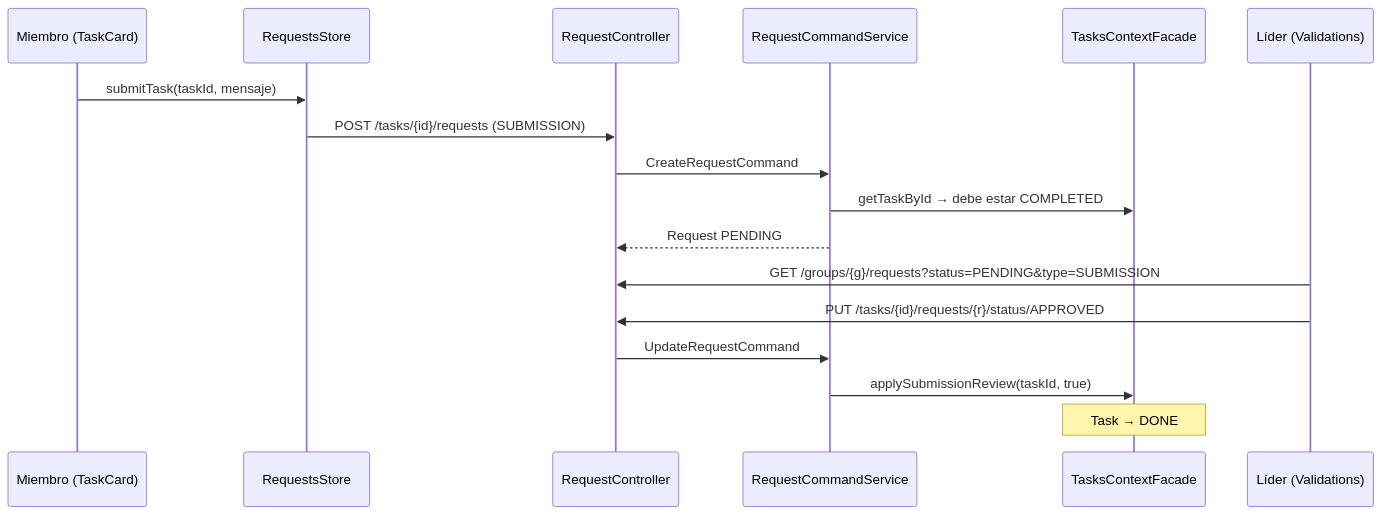
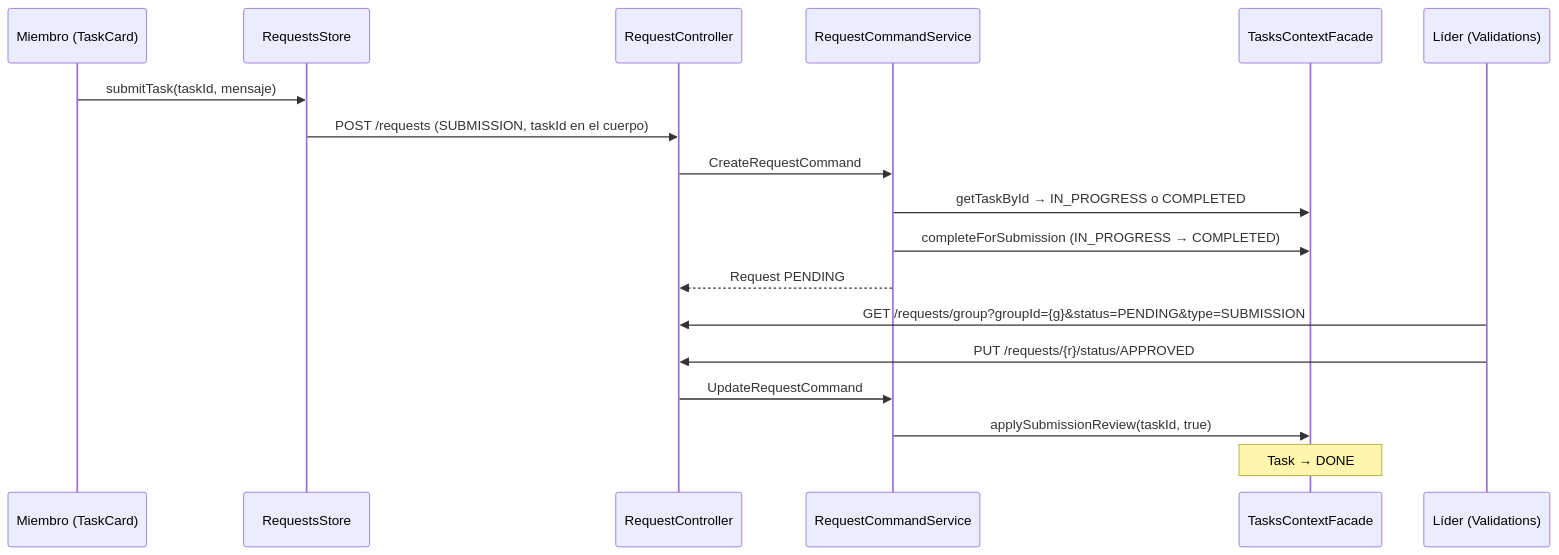
The diagram in docs/features/requests/README.md (Synhub-2-0/synhub_2), drawn with Mermaid before and after one commit. The commit also changed other lines of this file and 55 other files, not shown here.

First line of the commit message:
fix(requests,tasks): align frontend with /requests API; only the leader changes task status

````diff
--- a/docs/features/requests/README.md
+++ b/docs/features/requests/README.md
@@ -30,19 +30,20 @@
 ```mermaid
 sequenceDiagram
     participant M as Miembro (TaskCard)
     participant RS as RequestsStore
     participant RC as RequestController
     participant RCS as RequestCommandService
     participant TF as TasksContextFacade
     participant L as Líder (Validations)
     M->>RS: submitTask(taskId, mensaje)
-    RS->>RC: POST /tasks/{id}/requests (SUBMISSION)
+    RS->>RC: POST /requests (SUBMISSION, taskId en el cuerpo)
     RC->>RCS: CreateRequestCommand
-    RCS->>TF: getTaskById → debe estar COMPLETED
+    RCS->>TF: getTaskById → IN_PROGRESS o COMPLETED
+    RCS->>TF: completeForSubmission (IN_PROGRESS → COMPLETED)
     RCS-->>RC: Request PENDING
-    L->>RC: GET /groups/{g}/requests?status=PENDING&type=SUBMISSION
-    L->>RC: PUT /tasks/{id}/requests/{r}/status/APPROVED
+    L->>RC: GET /requests/group?groupId={g}&status=PENDING&type=SUBMISSION
+    L->>RC: PUT /requests/{r}/status/APPROVED
     RC->>RCS: UpdateRequestCommand
     RCS->>TF: applySubmissionReview(taskId, true)
     Note over TF: Task → DONE
 ```
````
